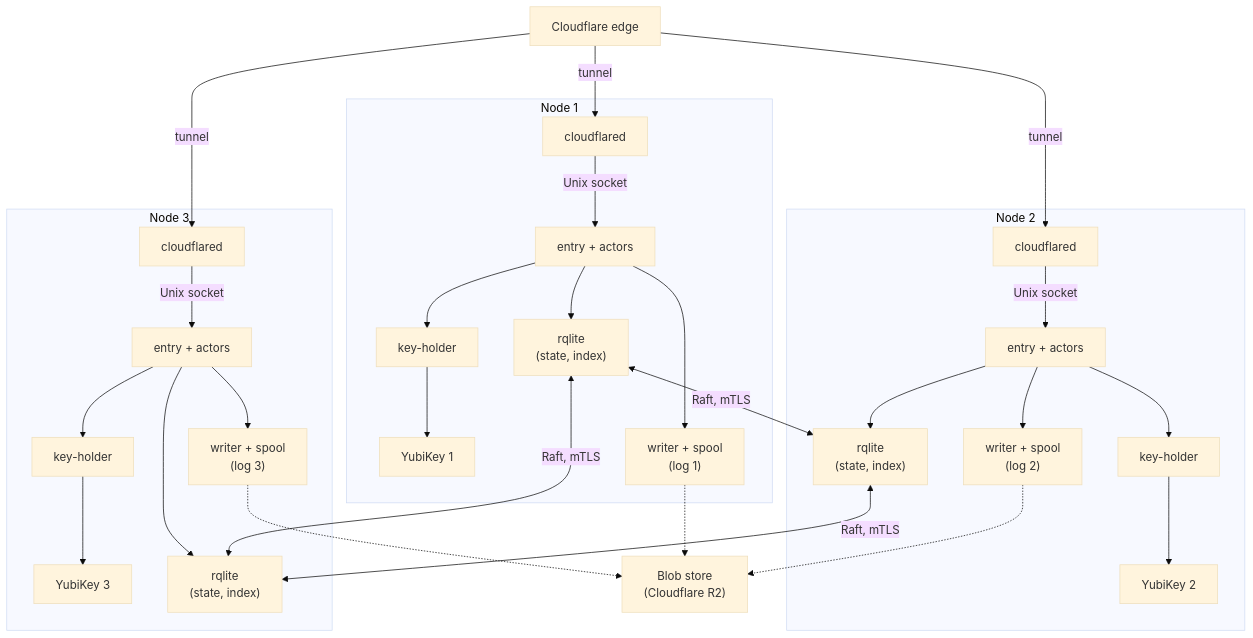
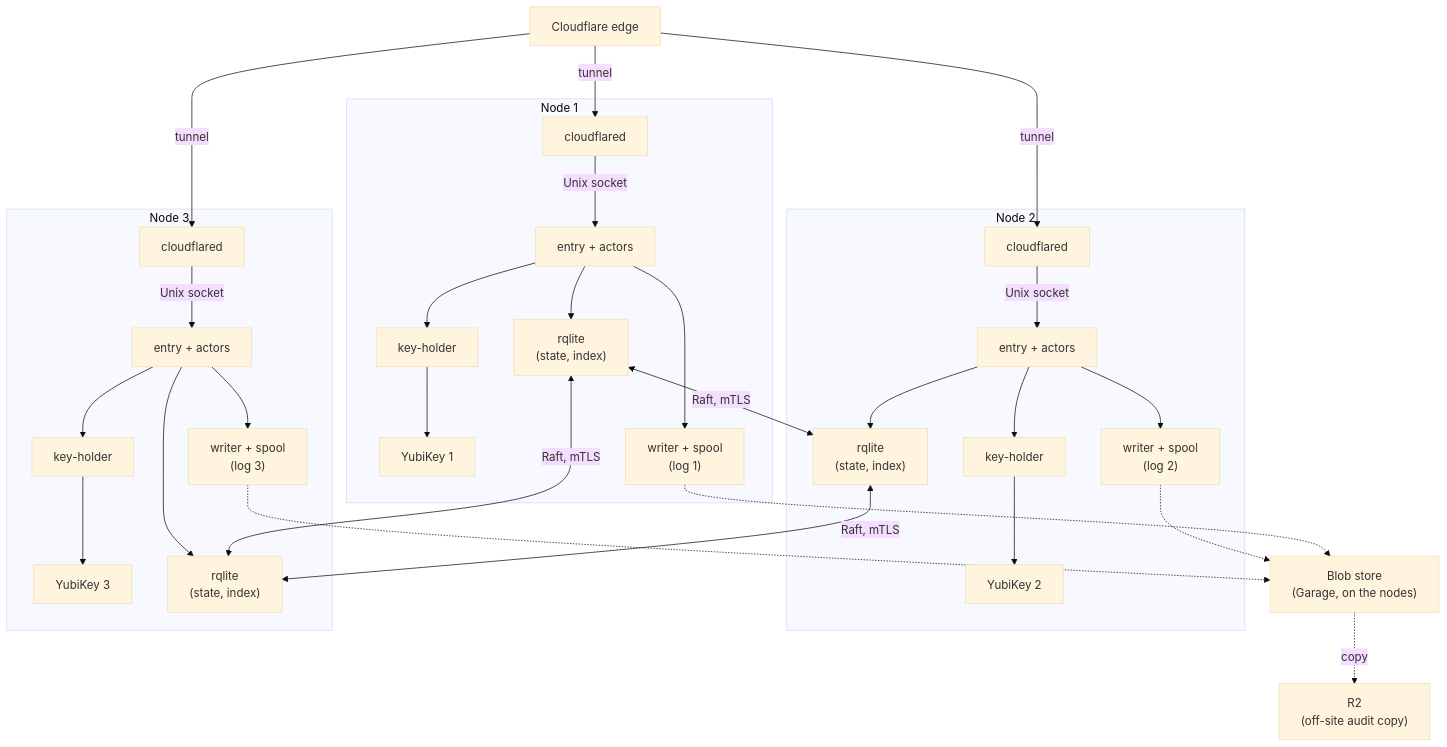
One commit to truvity/sluis changed the third of 4 diagrams in docs/runtimes/installations.md. Above: the diagram before and after it, drawn with Mermaid (base theme). The commit also changed other lines of this file and 36 other files, not shown here.

````diff
--- a/docs/runtimes/installations.md
+++ b/docs/runtimes/installations.md
@@ -118,32 +118,34 @@
 ```mermaid
 flowchart TB
   edge["Cloudflare edge"]
-  r2["Blob store<br/>(Cloudflare R2)"]
+  garage["Blob store<br/>(Garage, on the nodes)"]
+  r2["R2<br/>(off-site audit copy)"]
   subgraph n1["Node 1"]
     cfd1["cloudflared"] -- "Unix socket" --> c1["entry + actors"]
     c1 --> kh1["key-holder"] --> yk1["YubiKey 1"]
     c1 --> r1["rqlite<br/>(state, index)"]
     c1 --> w1["writer + spool<br/>(log 1)"]
   end
   subgraph n2["Node 2"]
     cfd2["cloudflared"] -- "Unix socket" --> c2["entry + actors"]
     c2 --> kh2["key-holder"] --> yk2["YubiKey 2"]
     c2 --> r2n["rqlite<br/>(state, index)"]
     c2 --> w2["writer + spool<br/>(log 2)"]
   end
   subgraph n3["Node 3"]
     cfd3["cloudflared"] -- "Unix socket" --> c3["entry + actors"]
     c3 --> kh3["key-holder"] --> yk3["YubiKey 3"]
     c3 --> r3["rqlite<br/>(state, index)"]
     c3 --> w3["writer + spool<br/>(log 3)"]
   end
   edge -- "tunnel" --> cfd1
   edge -- "tunnel" --> cfd2
   edge -- "tunnel" --> cfd3
   r1 <-- "Raft, mTLS" --> r2n
   r2n <-- "Raft, mTLS" --> r3
   r1 <-- "Raft, mTLS" --> r3
-  w1 -.-> r2
-  w2 -.-> r2
-  w3 -.-> r2
+  w1 -.-> garage
+  w2 -.-> garage
+  w3 -.-> garage
+  garage -. "copy" .-> r2
 ```
````
